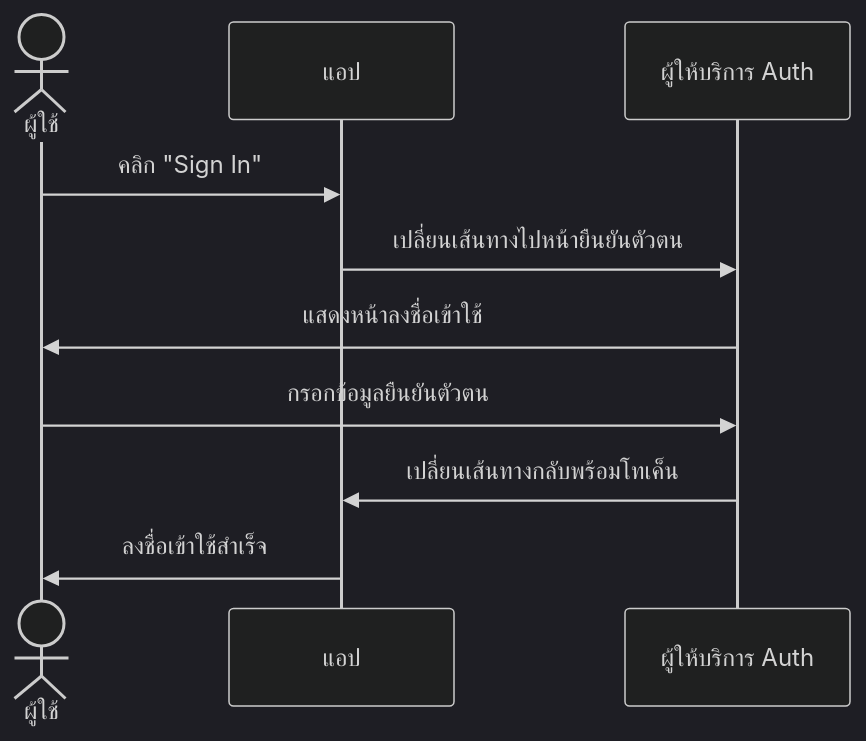
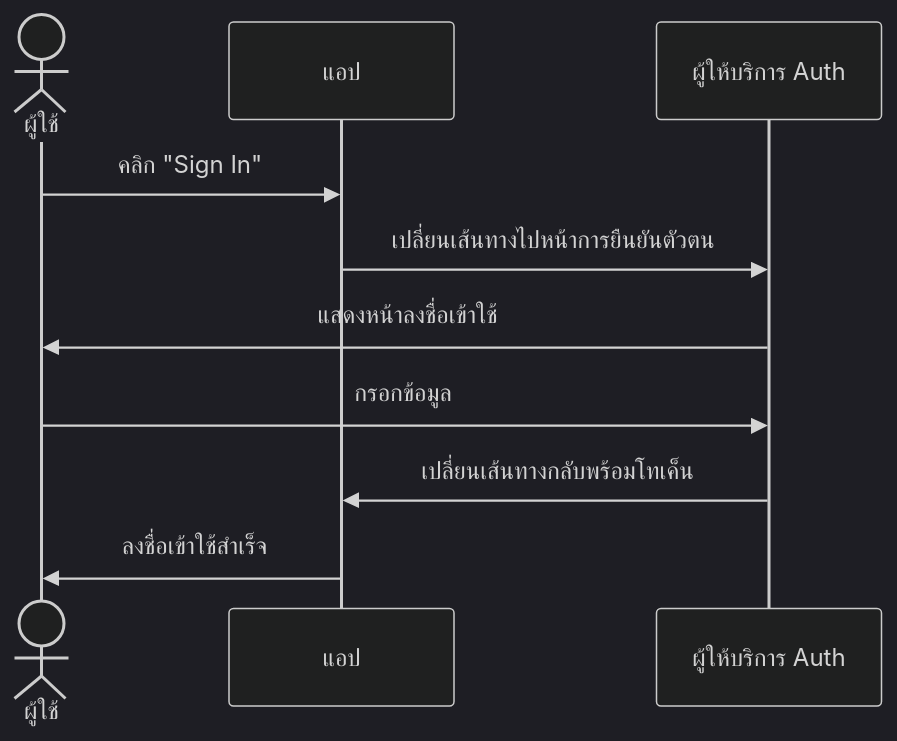
One commit to logto-io/docs changed the first of 7 diagrams in i18n/th/docusaurus-plugin-content-docs/current/use-cases/multi-tenancy/build-multi-tenant-saas-application.mdx. Above: the diagram before and after it, drawn with Mermaid (dark theme). The commit also changed other lines of this file and 666 other files, not shown here.

````diff
--- a/i18n/th/docusaurus-plugin-content-docs/current/use-cases/multi-tenancy/build-multi-tenant-saas-application.mdx
+++ b/i18n/th/docusaurus-plugin-content-docs/current/use-cases/multi-tenancy/build-multi-tenant-saas-application.mdx
@@ -186,13 +186,13 @@
 ```mermaid
 sequenceDiagram
   actor u as ผู้ใช้
   participant a as แอป
   participant auth as ผู้ให้บริการ Auth
 
   u->>a: คลิก "Sign In"
-  a->>auth: เปลี่ยนเส้นทางไปหน้ายืนยันตัวตน
+  a->>auth: เปลี่ยนเส้นทางไปหน้าการยืนยันตัวตน
   auth->>u: แสดงหน้าลงชื่อเข้าใช้
-  u->>auth: กรอกข้อมูลยืนยันตัวตน
+  u->>auth: กรอกข้อมูล
   auth->>a: เปลี่ยนเส้นทางกลับพร้อมโทเค็น
   a->>u: ลงชื่อเข้าใช้สำเร็จ
 ```
````
